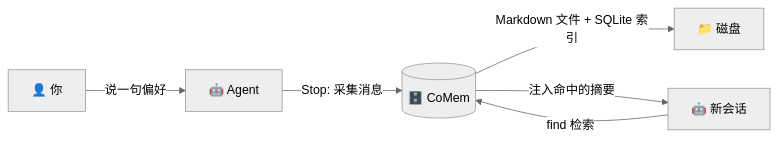
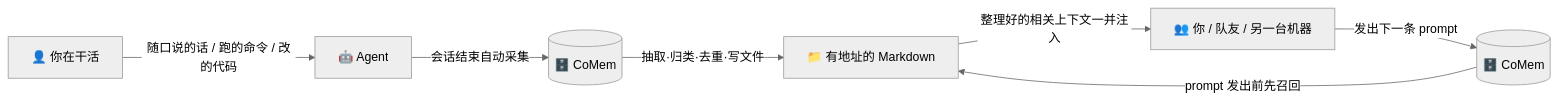
Before and after one commit to Micraow/CoMem: the first of 2 diagrams in README.md, drawn with Mermaid (neutral theme). The commit also changed other lines of this file, not shown here.

````diff
--- a/README.md
+++ b/README.md
@@ -28,8 +39,9 @@
 ```mermaid
 flowchart LR
-  U["👤 你"] -->|"说一句偏好"| A["🤖 Agent"]
-  A -->|"Stop: 采集消息"| C[("🗄️ CoMem")]
-  C -->|"Markdown 文件 + SQLite 索引"| D["📁 磁盘"]
-  A2["🤖 新会话"] -->|"find 检索"| C
-  C -->|"注入命中的摘要"| A2
+  U["👤 你在干活"] -->|"随口说的话 / 跑的命令 / 改的代码"| A["🤖 Agent"]
+  A -->|"会话结束自动采集"| C[("🗄️ CoMem")]
+  C -->|"抽取·归类·去重·写文件"| D["📁 有地址的 Markdown"]
+  N["👥 你 / 队友 / 另一台机器"] -->|"发出下一条 prompt"| C2[("🗄️ CoMem")]
+  C2 -->|"prompt 发出前先召回"| D
+  D -->|"整理好的相关上下文一并注入"| N
 ```
````
